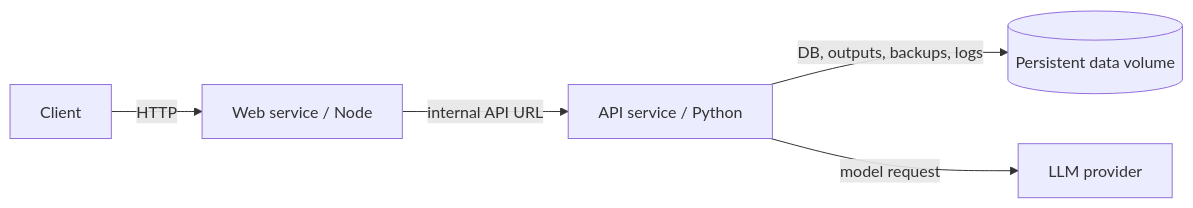
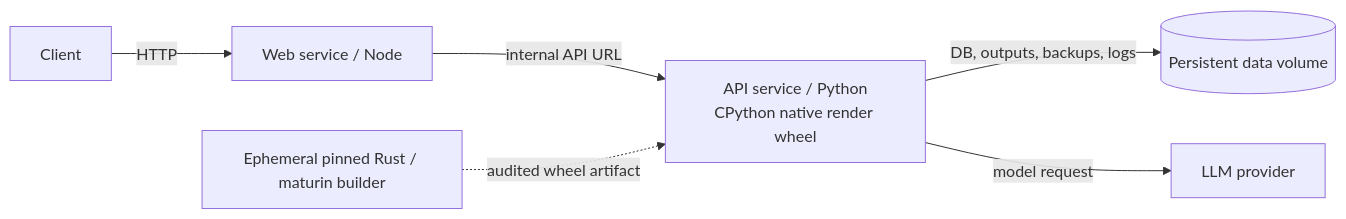
One commit to oikawas/inku-lang changed the second of 2 diagrams in docs/architecture/runtime-containers.md. Above: the diagram before and after it, drawn with Mermaid. The commit also changed other lines of this file and 17 other files, not shown here.

````diff
--- a/docs/architecture/runtime-containers.md
+++ b/docs/architecture/runtime-containers.md
@@ -35,13 +37,15 @@
 ```mermaid
 flowchart LR
     CLIENT["Client"]
     WEB_IMG["Web service / Node"]
-    API_IMG["API service / Python"]
+    API_IMG["API service / Python\nCPython native render wheel"]
+    WHEEL_BUILDER["Ephemeral pinned Rust / maturin builder"]
     DATA_VOL[("Persistent data volume")]
     PROVIDER["LLM provider"]
 
     CLIENT -->|"HTTP"| WEB_IMG
     WEB_IMG -->|"internal API URL"| API_IMG
+    WHEEL_BUILDER -.->|"audited wheel artifact"| API_IMG
     API_IMG -->|"DB, outputs, backups, logs"| DATA_VOL
     API_IMG -->|"model request"| PROVIDER
 ```
````
